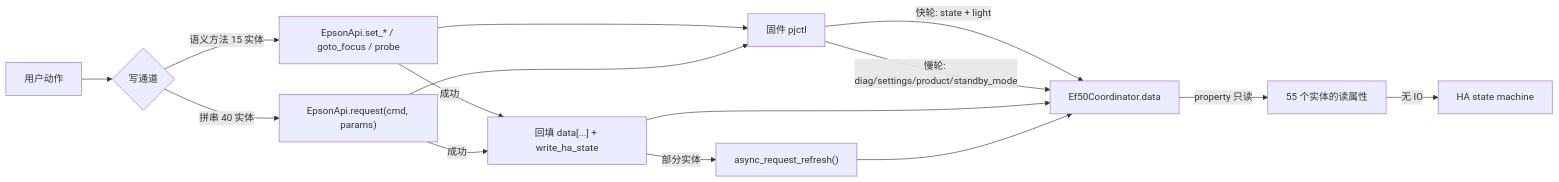
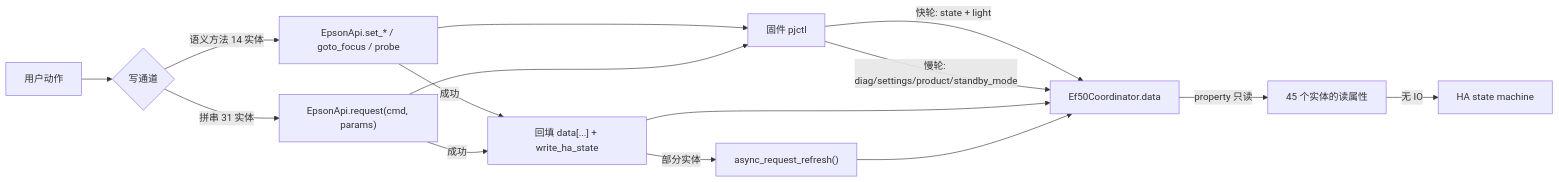
One commit to aixmoyu/ha-epson-ef-projector changed the sixth of 6 diagrams in docs/architecture/subsystems/entity-platforms/module_design.md. Above: the diagram before and after it, drawn with Mermaid. The commit also changed other lines of this file and 78 other files, not shown here.

````diff
--- a/docs/architecture/subsystems/entity-platforms/module_design.md
+++ b/docs/architecture/subsystems/entity-platforms/module_design.md
@@ -436,17 +433,17 @@
 ```mermaid
 flowchart LR
     FW["固件 pjctl"] -->|"快轮: state + light"| CO["Ef50Coordinator.data"]
     FW -->|"慢轮: diag/settings/product/standby_mode"| CO
-    CO -->|"property 只读"| RD["55 个实体的读属性"]
+    CO -->|"property 只读"| RD["45 个实体的读属性"]
     RD -->|"无 IO"| HA["HA state machine"]
     U["用户动作"] --> W{"写通道"}
-    W -->|"语义方法 15 实体"| SEM["EpsonApi.set_* / goto_focus / probe"]
-    W -->|"拼串 40 实体"| RAW["EpsonApi.request(cmd, params)"]
+    W -->|"语义方法 14 实体"| SEM["EpsonApi.set_* / goto_focus / probe"]
+    W -->|"拼串 31 实体"| RAW["EpsonApi.request(cmd, params)"]
     SEM --> FW
     RAW --> FW
     SEM -->|"成功"| WB["回填 data[...] + write_ha_state"]
     RAW -->|"成功"| WB
     WB --> CO
     WB -->|"部分实体"| RF["async_request_refresh()"]
     RF --> CO
 ```
````
